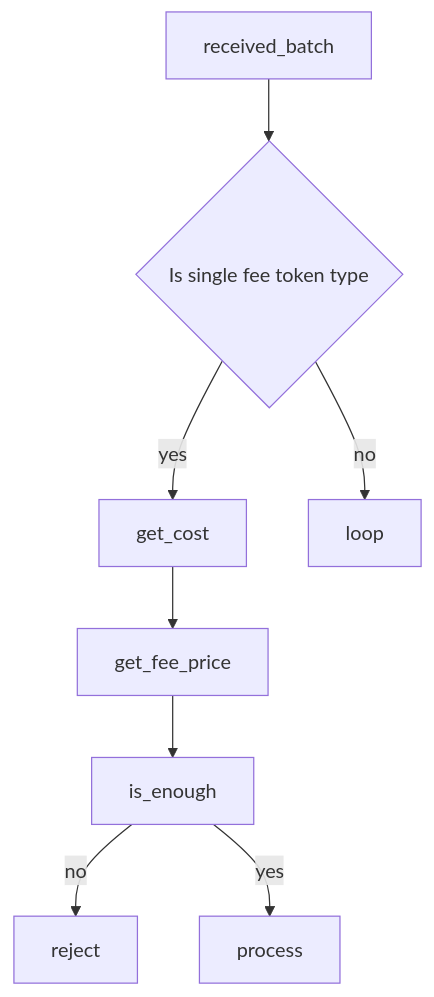
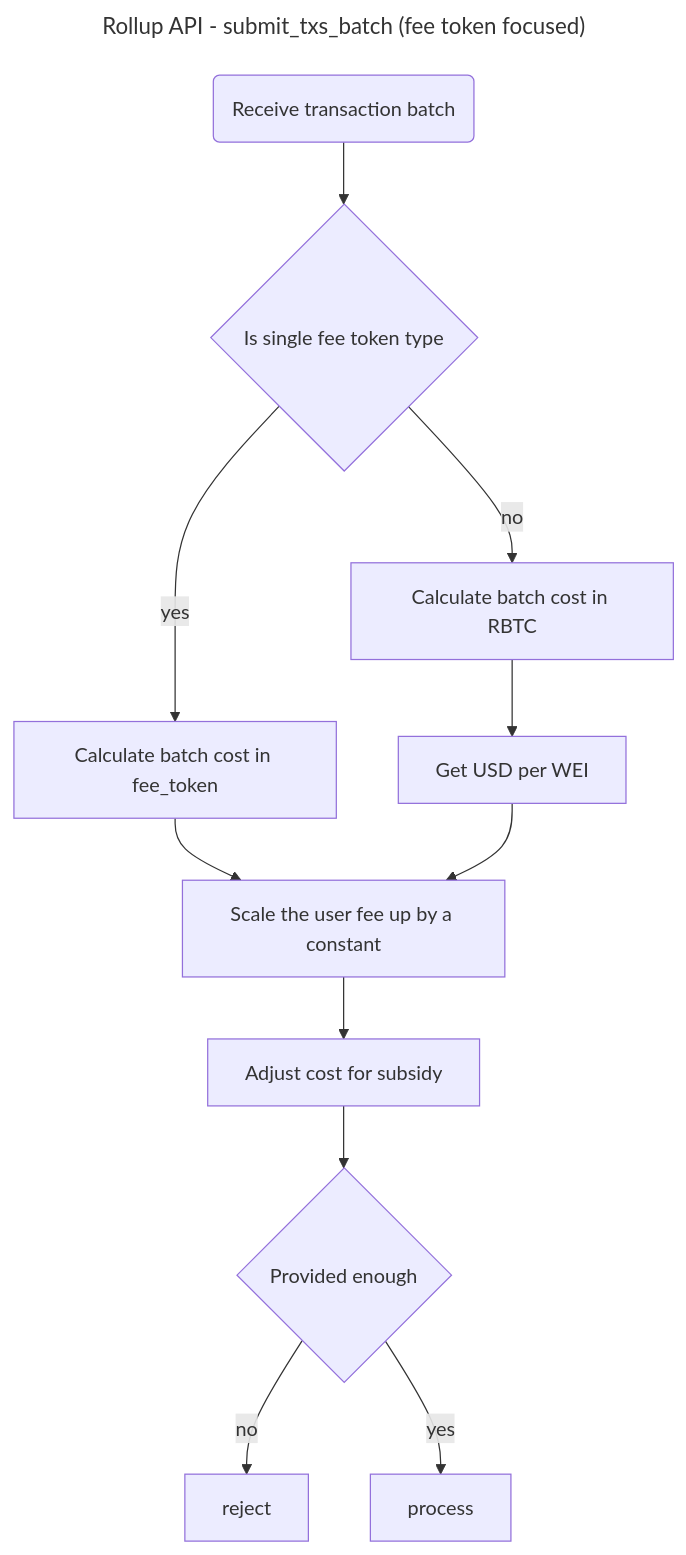
The diagram in docs/tokens.md (rsksmart/ri-aggregation), drawn with Mermaid before and after one commit. The commit also changed other lines of this file, not shown here.

Commit message:
docs(tokens): adds diagrams

````diff
--- a/docs/tokens.md
+++ b/docs/tokens.md
@@ -273,14 +278,28 @@
 ```mermaid
+---
+title: Rollup API - submit_txs_batch (fee token focused)
+---
 flowchart TD
+  received_batch("Receive transaction batch")
   is_single_fee_type{"Is single fee token type"}
+  provided_enough{"Provided enough"}
+  get_cost_in_token["Calculate batch cost in fee_token"]
+  get_cost_in_native["Calculate batch cost in RBTC"]
+  scale_user_fee_up["Scale the user fee up by a constant"]
+  get_required_fee["Adjust cost for subsidy"]
+  get_native_in_usd["Get USD per WEI"]
 
   received_batch --> is_single_fee_type
-  is_single_fee_type -- yes --> get_cost
+  is_single_fee_type -- yes --> get_cost_in_token
+  get_cost_in_token --> scale_user_fee_up
 
-  get_cost --> get_fee_price
-  get_fee_price --> is_enough
-  is_enough -- no --> reject
-  is_enough -- yes --> process
+  is_single_fee_type -- no --> get_cost_in_native
+  get_cost_in_native --> get_native_in_usd
+  get_native_in_usd --> scale_user_fee_up
 
-  is_single_fee_type -- no --> loop
+  scale_user_fee_up --> get_required_fee
+  get_required_fee --> provided_enough
+  provided_enough -- no --> reject
+  provided_enough -- yes --> process
+
 ```
````
